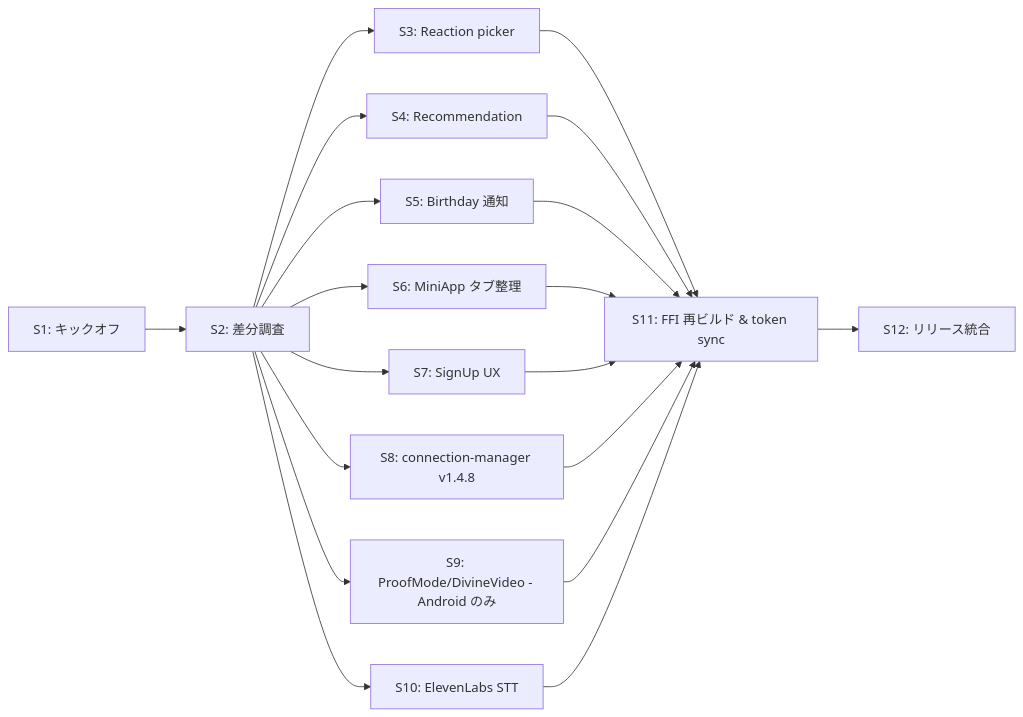
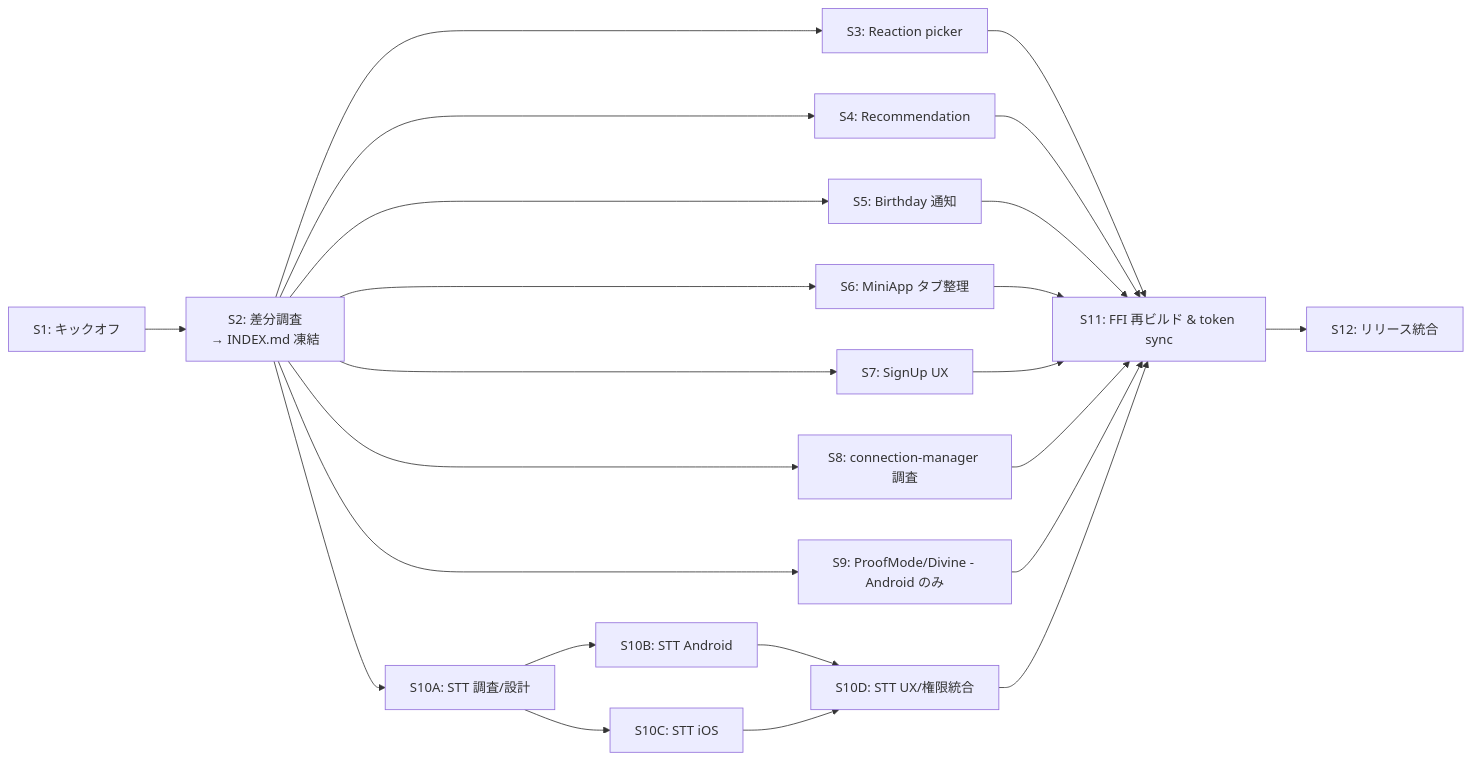
The diagram in docs/sync/PLAN.md (tami1A84/null--nostr), drawn with Mermaid before and after one commit. The commit also changed other lines of this file and 14 other files, not shown here.

````diff
--- a/docs/sync/PLAN.md
+++ b/docs/sync/PLAN.md
@@ -15,14 +17,18 @@
 ```mermaid
 graph LR
-  S1[S1: キックオフ] --> S2[S2: 差分調査]
+  S1[S1: キックオフ] --> S2[S2: 差分調査<br/>→ INDEX.md 凍結]
   S2 --> S3[S3: Reaction picker]
   S2 --> S4[S4: Recommendation]
   S2 --> S5[S5: Birthday 通知]
   S2 --> S6[S6: MiniApp タブ整理]
   S2 --> S7[S7: SignUp UX]
-  S2 --> S8[S8: connection-manager v1.4.8]
-  S2 --> S9[S9: ProofMode/DivineVideo - Android のみ]
-  S2 --> S10[S10: ElevenLabs STT]
-  S3 & S4 & S5 & S6 & S7 & S8 & S9 & S10 --> S11[S11: FFI 再ビルド & token sync]
+  S2 --> S8[S8: connection-manager 調査]
+  S2 --> S9[S9: ProofMode/Divine - Android のみ]
+  S2 --> S10A[S10A: STT 調査/設計]
+  S10A --> S10B[S10B: STT Android]
+  S10A --> S10C[S10C: STT iOS]
+  S10B --> S10D[S10D: STT UX/権限統合]
+  S10C --> S10D
+  S3 & S4 & S5 & S6 & S7 & S8 & S9 & S10D --> S11[S11: FFI 再ビルド & token sync]
   S11 --> S12[S12: リリース統合]
 ```
````
